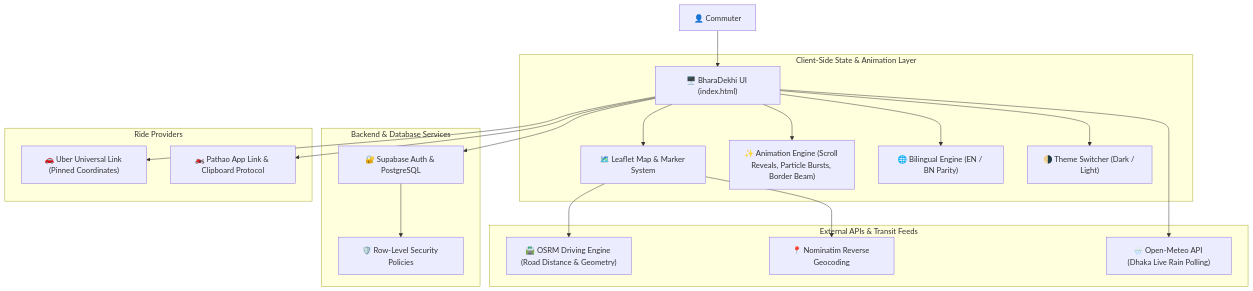
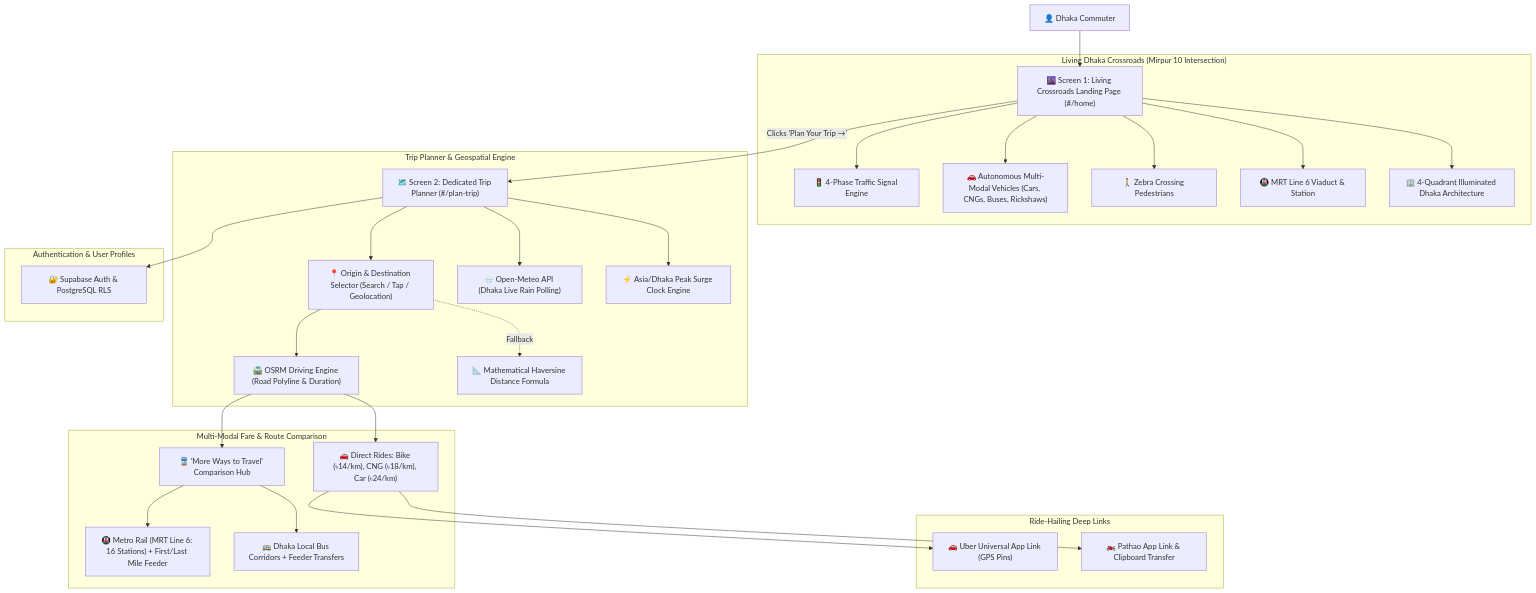
The diagram in README.md (AmiyoTheAnalyst/BharaDekhi), drawn with Mermaid before and after one commit. The commit also changed other lines of this file and 6 other files, not shown here.

Commit message:
docs: comprehensive update to README, portfolio, and documentation with Living Crossroads simulation, More Ways to Travel hub, and verified tech stack

````diff
--- a/README.md
+++ b/README.md
@@ -98,27 +155,39 @@
 ```mermaid
 flowchart TD
-    User["👤 Commuter"] --> UI["🖥️ BharaDekhi UI (index.html)"]
+    User["👤 Dhaka Commuter"] --> Landing["🌆 Screen 1: Living Crossroads Landing Page (#/home)"]
     
-    subgraph Client ["Client-Side State & Animation Layer"]
-        UI --> Map["🗺️ Leaflet Map & Marker System"]
-        UI --> Anim["✨ Animation Engine (Scroll Reveals, Particle Bursts, Border Beam)"]
-        UI --> Lang["🌐 Bilingual Engine (EN / BN Parity)"]
-        UI --> Theme["🌗 Theme Switcher (Dark / Light)"]
+    subgraph CrossroadsAnimation ["Living Dhaka Crossroads (Mirpur 10 Intersection)"]
+        Landing --> TrafficLight["🚦 4-Phase Traffic Signal Engine"]
+        Landing --> Vehicles["🚗 Autonomous Multi-Modal Vehicles (Cars, CNGs, Buses, Rickshaws)"]
+        Landing --> Pedestrians["🚶 Zebra Crossing Pedestrians"]
+        Landing --> MetroTrack["🚇 MRT Line 6 Viaduct & Station"]
+        Landing --> CityBuildings["🏢 4-Quadrant Illuminated Dhaka Architecture"]
     end
 
-    subgraph ExternalAPIs ["External APIs & Transit Feeds"]
-        Map --> OSRM["🛣️ OSRM Driving Engine (Road Distance & Geometry)"]
-        Map --> Nominatim["📍 Nominatim Reverse Geocoding"]
-        UI --> Weather["🌧️ Open-Meteo API (Dhaka Live Rain Polling)"]
+    Landing -- "Clicks 'Plan Your Trip →'" --> Planner["🗺️ Screen 2: Dedicated Trip Planner (#/plan-trip)"]
+
+    subgraph TripPlannerEngine ["Trip Planner & Geospatial Engine"]
+        Planner --> Geocode["📍 Origin & Destination Selector (Search / Tap / Geolocation)"]
+        Geocode --> OSRM["🛣️ OSRM Driving Engine (Road Polyline & Duration)"]
+        Geocode -. Fallback .-> Haversine["📐 Mathematical Haversine Distance Formula"]
+        Planner --> Weather["🌧️ Open-Meteo API (Dhaka Live Rain Polling)"]
+        Planner --> Surge["⚡ Asia/Dhaka Peak Surge Clock Engine"]
     end
 
-    subgraph Backend ["Backend & Database Services"]
-        UI --> Supabase["🔐 Supabase Auth & PostgreSQL"]
-        Supabase --> RLS["🛡️ Row-Level Security Policies"]
+    subgraph MultiModalComparisons ["Multi-Modal Fare & Route Comparison"]
+        OSRM --> DirectRides["🚗 Direct Rides: Bike (৳14/km), CNG (৳18/km), Car (৳24/km)"]
+        OSRM --> MoreWays["🚆 'More Ways to Travel' Comparison Hub"]
+        
+        MoreWays --> MetroSection["🚇 Metro Rail (MRT Line 6: 16 Stations) + First/Last Mile Feeder"]
+        MoreWays --> BusSection["🚌 Dhaka Local Bus Corridors + Feeder Transfers"]
     end
 
-    subgraph DeepLinks ["Ride Providers"]
-        UI --> Uber["🚗 Uber Universal Link (Pinned Coordinates)"]
-        UI --> Pathao["🏍️ Pathao App Link & Clipboard Protocol"]
+    subgraph DeepLinking ["Ride-Hailing Deep Links"]
+        DirectRides --> Uber["🚗 Uber Universal App Link (GPS Pins)"]
+        DirectRides --> Pathao["🏍️ Pathao App Link & Clipboard Transfer"]
+    end
+
+    subgraph AuthLayer ["Authentication & User Profiles"]
+        Planner --> Supabase["🔐 Supabase Auth & PostgreSQL RLS"]
     end
 ```
````
